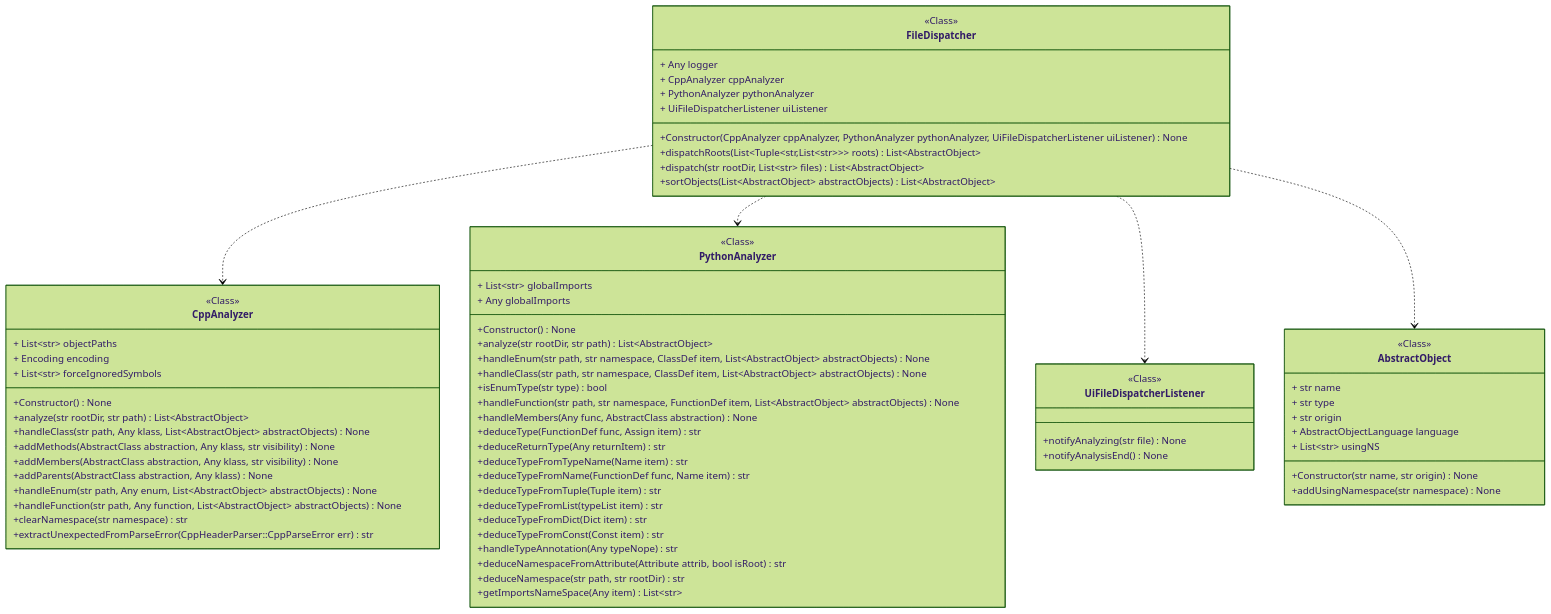
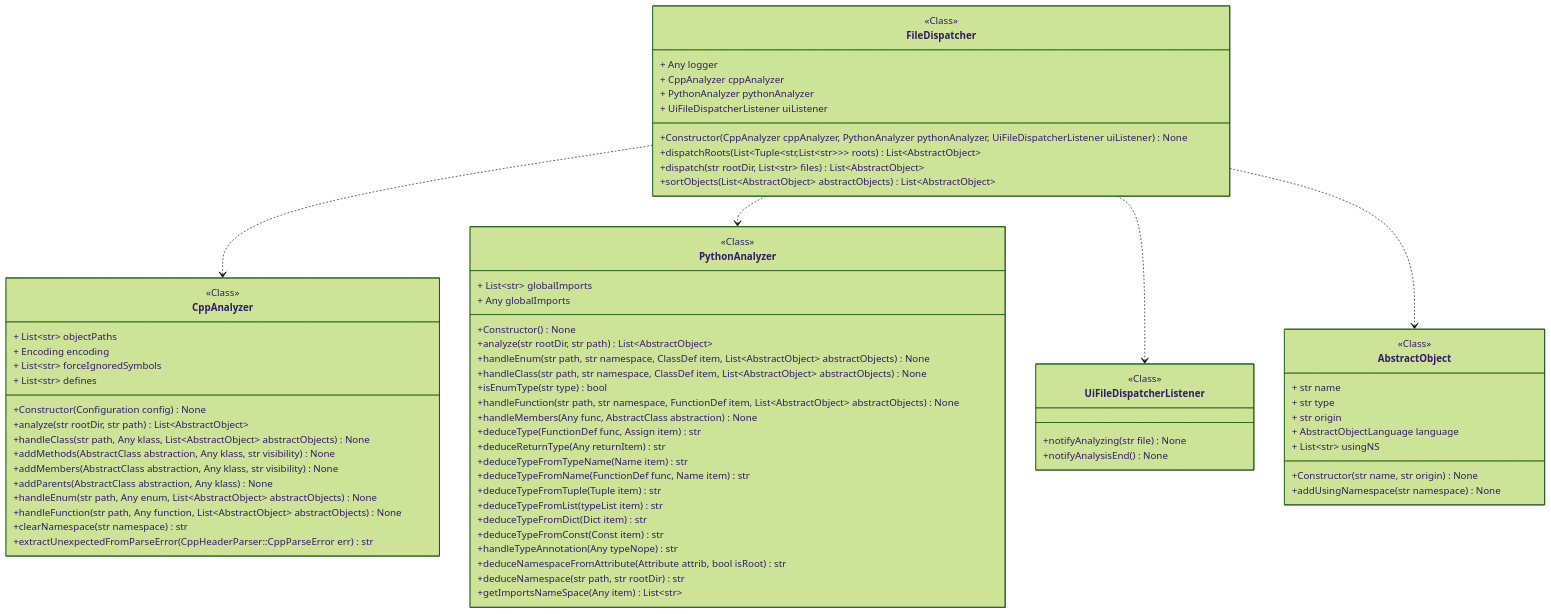
One commit to miong/pycodeanalyzer changed the diagram in docs/source/code/diagrams/pycodeanalyzer_core_languages_filedispatcher_FileDispatcher.mmd. Above: the diagram before and after it, drawn with Mermaid (forest theme). The commit also changed 18 other files, not shown here.

```diff
--- a/docs/source/code/diagrams/pycodeanalyzer_core_languages_filedispatcher_FileDispatcher.mmd
+++ b/docs/source/code/diagrams/pycodeanalyzer_core_languages_filedispatcher_FileDispatcher.mmd
@@ -1,75 +1,76 @@
 classDiagram
 class FileDispatcher {
 <<Class>>
 + Any logger
 + CppAnalyzer cppAnalyzer
 + PythonAnalyzer pythonAnalyzer
 + UiFileDispatcherListener uiListener
 +Constructor(CppAnalyzer cppAnalyzer, PythonAnalyzer pythonAnalyzer, UiFileDispatcherListener uiListener) None
 +dispatchRoots(List&lt;Tuple&lt;str,List&lt;str&gt;&gt;&gt; roots) List~AbstractObject~
 +dispatch(str rootDir, List~str~ files) List~AbstractObject~
 +sortObjects(List~AbstractObject~ abstractObjects) List~AbstractObject~
 }
 class CppAnalyzer {
 <<Class>>
 + List~str~ objectPaths
 + Encoding encoding
 + List~str~ forceIgnoredSymbols
-+Constructor() None
++ List~str~ defines
++Constructor(Configuration config) None
 +analyze(str rootDir, str path) List~AbstractObject~
 +handleClass(str path, Any klass, List~AbstractObject~ abstractObjects) None
 +addMethods(AbstractClass abstraction, Any klass, str visibility) None
 +addMembers(AbstractClass abstraction, Any klass, str visibility) None
 +addParents(AbstractClass abstraction, Any klass) None
 +handleEnum(str path, Any enum, List~AbstractObject~ abstractObjects) None
 +handleFunction(str path, Any function, List~AbstractObject~ abstractObjects) None
 +clearNamespace(str namespace) str
 +extractUnexpectedFromParseError(CppHeaderParser::CppParseError err) str
 }
 link CppAnalyzer "class££pycodeanalyzer::core::languages::analyzers::cppanalyzer::CppAnalyzer"
 class PythonAnalyzer {
 <<Class>>
 + List~str~ globalImports
 + Any globalImports
 +Constructor() None
 +analyze(str rootDir, str path) List~AbstractObject~
 +handleEnum(str path, str namespace, ClassDef item, List~AbstractObject~ abstractObjects) None
 +handleClass(str path, str namespace, ClassDef item, List~AbstractObject~ abstractObjects) None
 +isEnumType(str type) bool
 +handleFunction(str path, str namespace, FunctionDef item, List~AbstractObject~ abstractObjects) None
 +handleMembers(Any func, AbstractClass abstraction) None
 +deduceType(FunctionDef func, Assign item) str
 +deduceReturnType(Any returnItem) str
 +deduceTypeFromTypeName(Name item) str
 +deduceTypeFromName(FunctionDef func, Name item) str
 +deduceTypeFromTuple(Tuple item) str
 +deduceTypeFromList(typeList item) str
 +deduceTypeFromDict(Dict item) str
 +deduceTypeFromConst(Const item) str
 +handleTypeAnnotation(Any typeNope) str
 +deduceNamespaceFromAttribute(Attribute attrib, bool isRoot) str
 +deduceNamespace(str path, str rootDir) str
 +getImportsNameSpace(Any item) List~str~
 }
 link PythonAnalyzer "class££pycodeanalyzer::core::languages::analyzers::pythonanalyzer::PythonAnalyzer"
 class UiFileDispatcherListener {
 <<Class>>
 +notifyAnalyzing(str file) None
 +notifyAnalysisEnd() None
 }
 link UiFileDispatcherListener "class££pycodeanalyzer::ui::app::UiFileDispatcherListener"
 class AbstractObject {
 <<Class>>
 + str name
 + str type
 + str origin
 + AbstractObjectLanguage language
 + List~str~ usingNS
 +Constructor(str name, str origin) None
 +addUsingNamespace(str namespace) None
 }
 link AbstractObject "class££pycodeanalyzer::core::abstraction::objects::AbstractObject"
 FileDispatcher ..> CppAnalyzer
 FileDispatcher ..> PythonAnalyzer
 FileDispatcher ..> UiFileDispatcherListener
 FileDispatcher ..> AbstractObject
```
